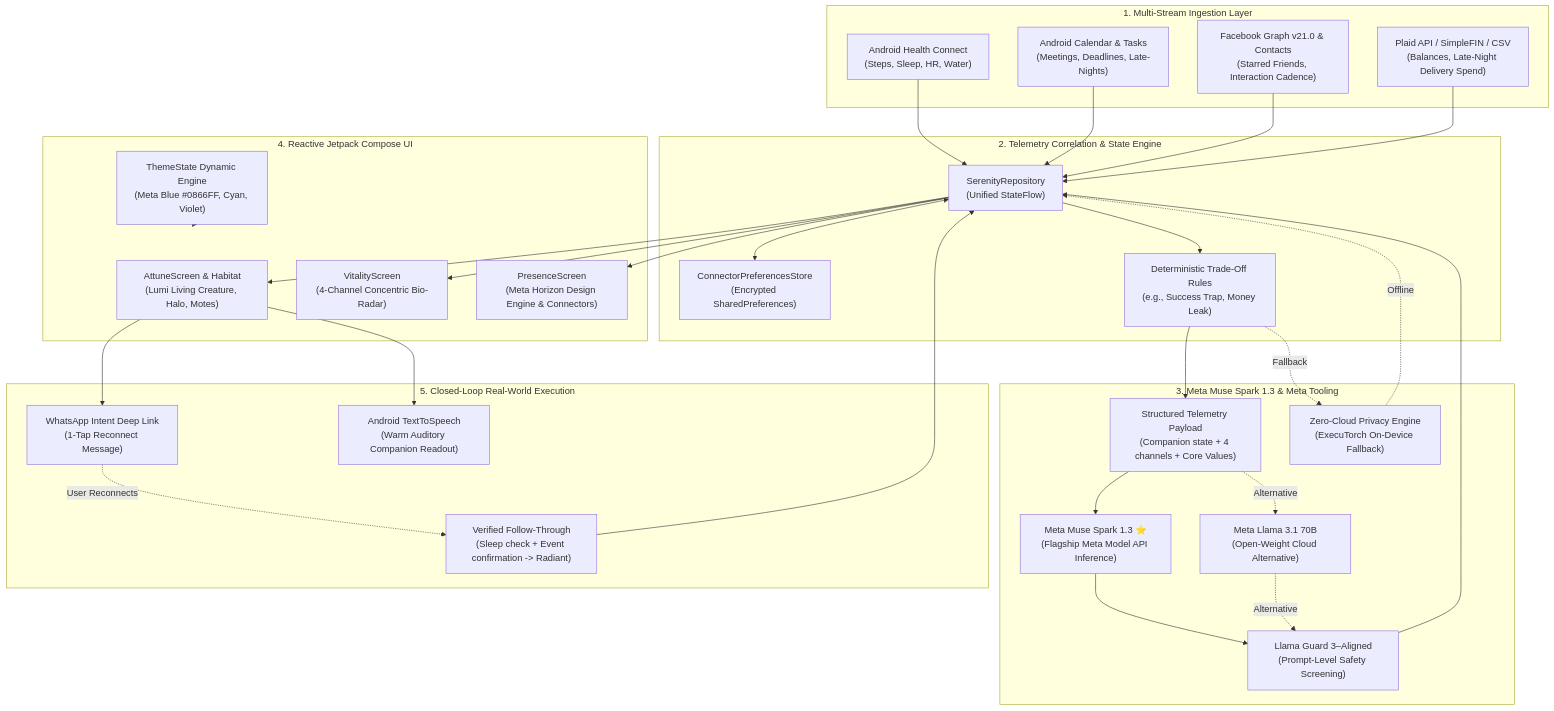
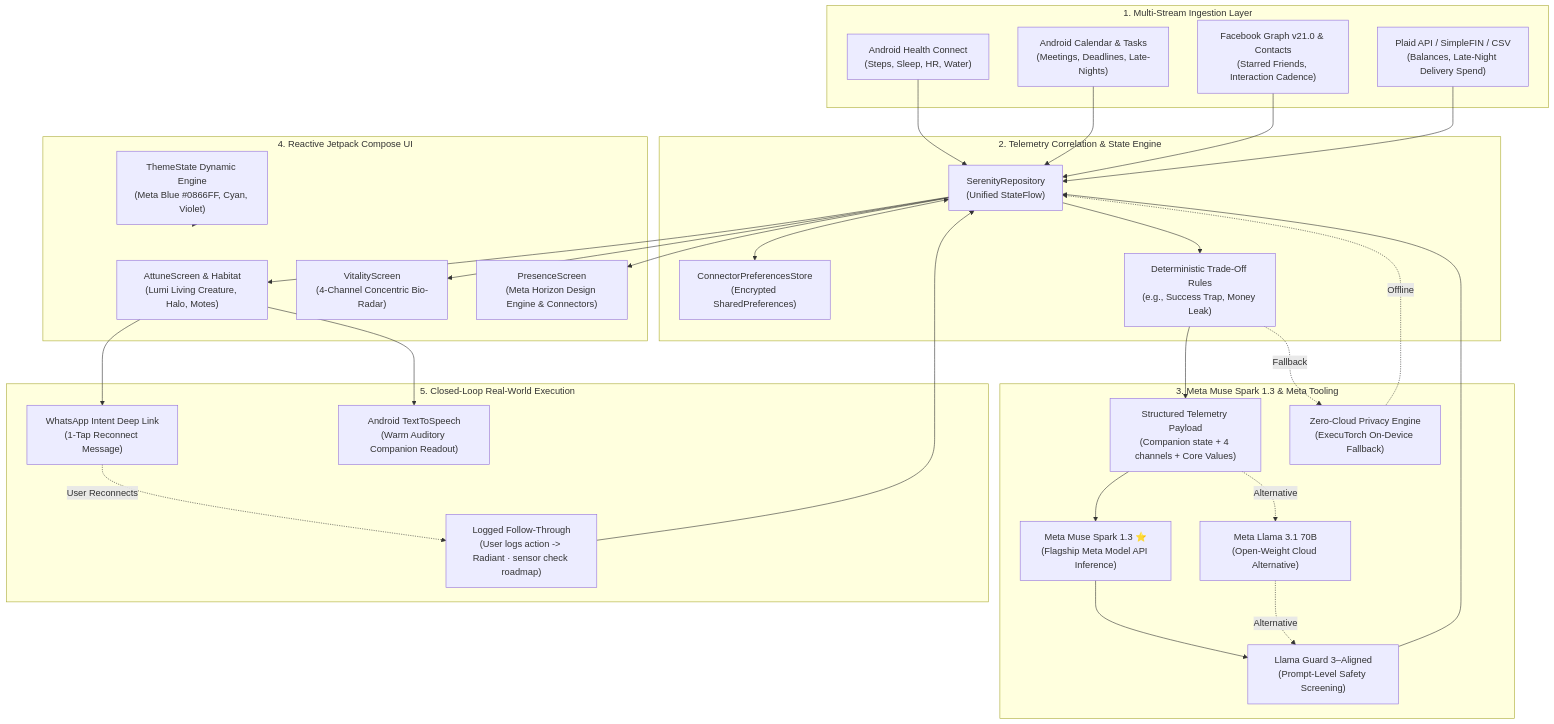
The first of 2 diagrams in README.md (ashrafi/LifeSOS), drawn with Mermaid before and after one commit. The commit also changed other lines of this file and 10 other files, not shown here.

````diff
--- a/README.md
+++ b/README.md
@@ -107,62 +111,62 @@
 ```mermaid
 flowchart TD
     subgraph DataSources["1. Multi-Stream Ingestion Layer"]
         HC["Android Health Connect<br/>(Steps, Sleep, HR, Water)"]
         CAL["Android Calendar & Tasks<br/>(Meetings, Deadlines, Late-Nights)"]
         SOC["Facebook Graph v21.0 & Contacts<br/>(Starred Friends, Interaction Cadence)"]
         FIN["Plaid API / SimpleFIN / CSV<br/>(Balances, Late-Night Delivery Spend)"]
     end
 
     subgraph CoreEngine["2. Telemetry Correlation & State Engine"]
         REPO["SerenityRepository<br/>(Unified StateFlow)"]
         STORE["ConnectorPreferencesStore<br/>(Encrypted SharedPreferences)"]
         RULES["Deterministic Trade-Off Rules<br/>(e.g., Success Trap, Money Leak)"]
     end
 
     subgraph MetaIntelligence["3. Meta Muse Spark 1.3 & Meta Tooling"]
         PROMPT["Structured Telemetry Payload<br/>(Companion state + 4 channels + Core Values)"]
         SPARK["Meta Muse Spark 1.3 ⭐<br/>(Flagship Meta Model API Inference)"]
         LLAMA["Meta Llama 3.1 70B<br/>(Open-Weight Cloud Alternative)"]
         GUARD["Llama Guard 3–Aligned<br/>(Prompt-Level Safety Screening)"]
         LOCAL["Zero-Cloud Privacy Engine<br/>(ExecuTorch On-Device Fallback)"]
     end
 
     subgraph UIExperience["4. Reactive Jetpack Compose UI"]
         HABITAT["AttuneScreen & Habitat<br/>(Lumi Living Creature, Halo, Motes)"]
         RADAR["VitalityScreen<br/>(4-Channel Concentric Bio-Radar)"]
         SETTINGS["PresenceScreen<br/>(Meta Horizon Design Engine & Connectors)"]
         THEME["ThemeState Dynamic Engine<br/>(Meta Blue #0866FF, Cyan, Violet)"]
     end
 
     subgraph Actions["5. Closed-Loop Real-World Execution"]
         WA["WhatsApp Intent Deep Link<br/>(1-Tap Reconnect Message)"]
         VOICE["Android TextToSpeech<br/>(Warm Auditory Companion Readout)"]
-        VERIFY["Verified Follow-Through<br/>(Sleep check + Event confirmation -> Radiant)"]
+        VERIFY["Logged Follow-Through<br/>(User logs action -> Radiant · sensor check roadmap)"]
     end
 
     HC --> REPO
     CAL --> REPO
     SOC --> REPO
     FIN --> REPO
     REPO <--> STORE
     REPO --> RULES
 
     RULES --> PROMPT
     PROMPT --> SPARK
     SPARK --> GUARD
     GUARD --> REPO
     PROMPT -. Alternative .-> LLAMA
     LLAMA -. Alternative .-> GUARD
     RULES -. Fallback .-> LOCAL
     LOCAL -. Offline .-> REPO
 
     REPO --> HABITAT
     REPO --> RADAR
     REPO --> SETTINGS
     THEME --> UIExperience
 
     HABITAT --> WA
     HABITAT --> VOICE
     WA -. User Reconnects .-> VERIFY
     VERIFY --> REPO
 ```
````
